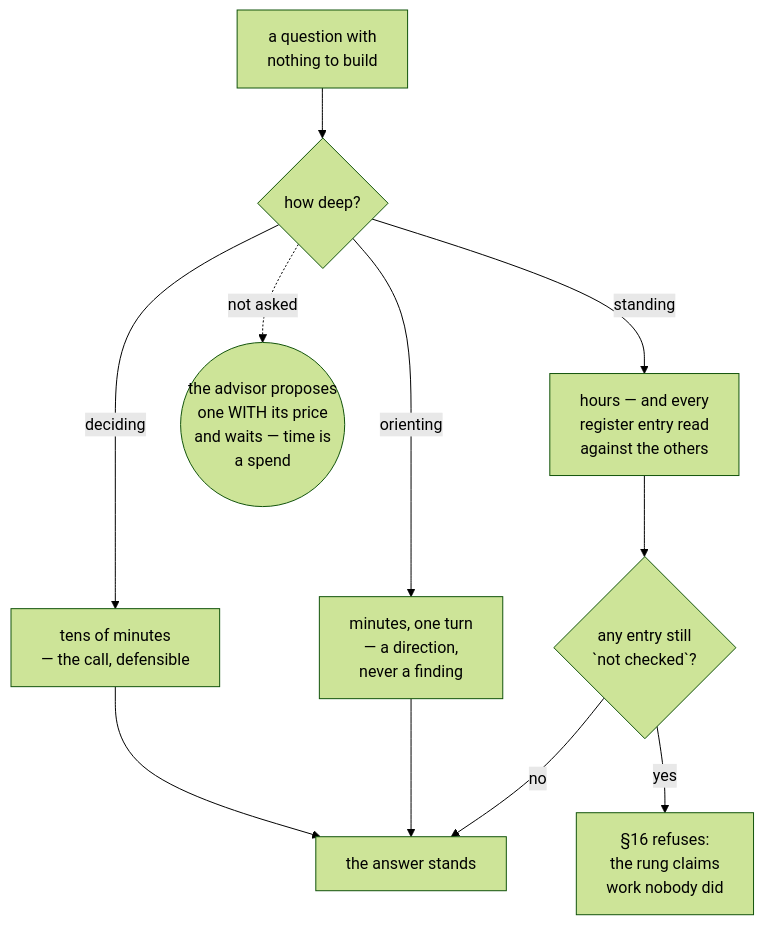
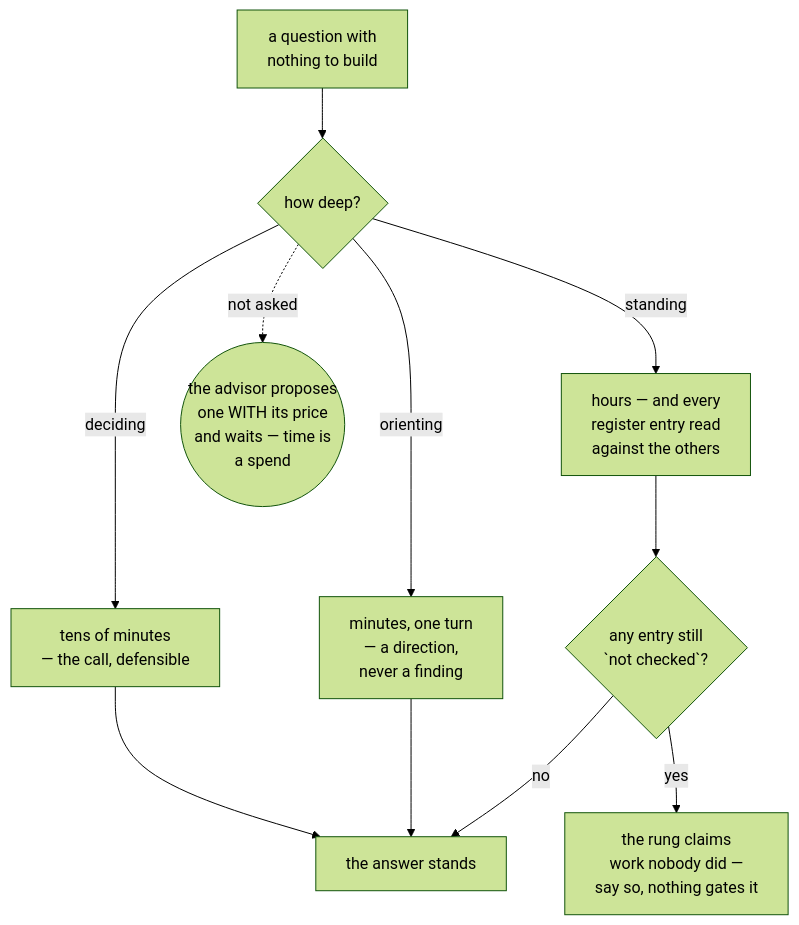
One commit to jamillazarev/opsinist changed the first of 2 diagrams in consulting.md. Above: the diagram before and after it, drawn with Mermaid (forest theme). The commit also changed other lines of this file and 13 other files, not shown here.

````diff
--- a/consulting.md
+++ b/consulting.md
@@ -24,13 +24,13 @@
 ```mermaid
 flowchart TD
   Q["a question with<br/>nothing to build"] --> D{"how deep?"}
   D -->|"orienting"| O["minutes, one turn<br/>— a direction,<br/>never a finding"]
   D -->|"deciding"| E["tens of minutes<br/>— the call, defensible"]
   D -->|"standing"| S["hours — and every<br/>register entry read<br/>against the others"]
   D -.->|"not asked"| A(("the advisor proposes<br/>one WITH its price<br/>and waits — time is<br/>a spend"))
   S --> V{"any entry still<br/>`not checked`?"}
-  V -->|"yes"| R["§16 refuses:<br/>the rung claims<br/>work nobody did"]
+  V -->|"yes"| R["the rung claims<br/>work nobody did —<br/>say so, nothing gates it"]
   V -->|"no"| K["the answer stands"]
   O --> K
   E --> K
 ```
````
